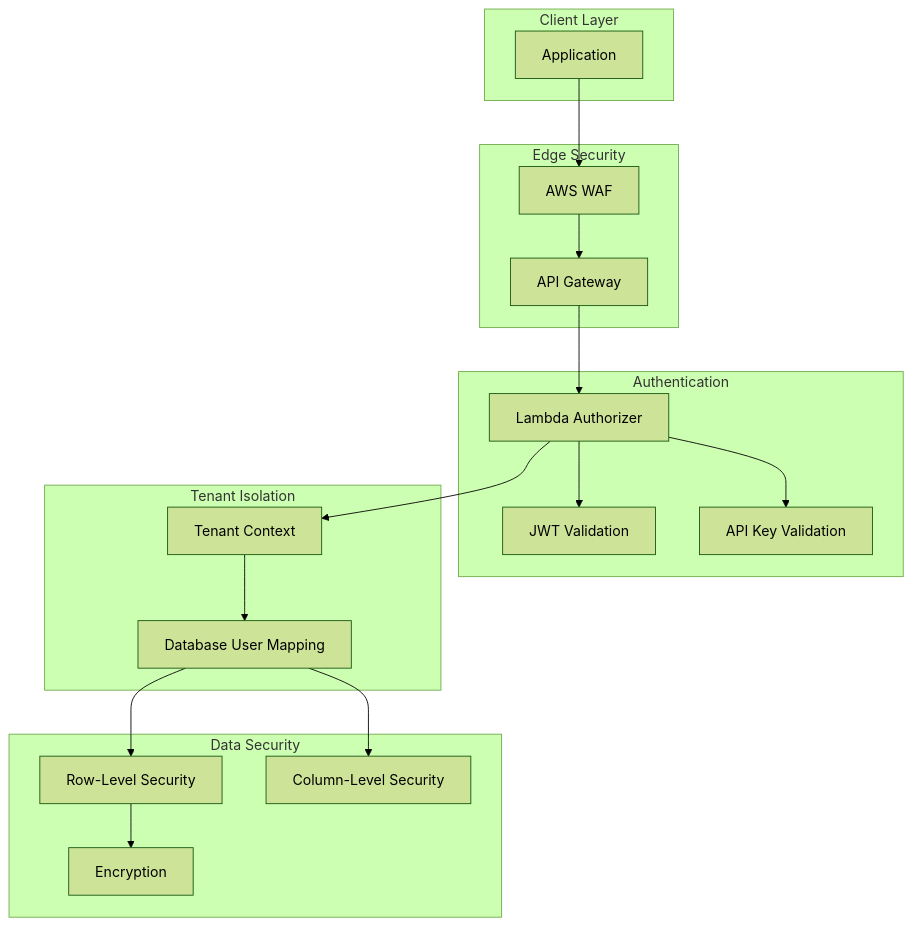
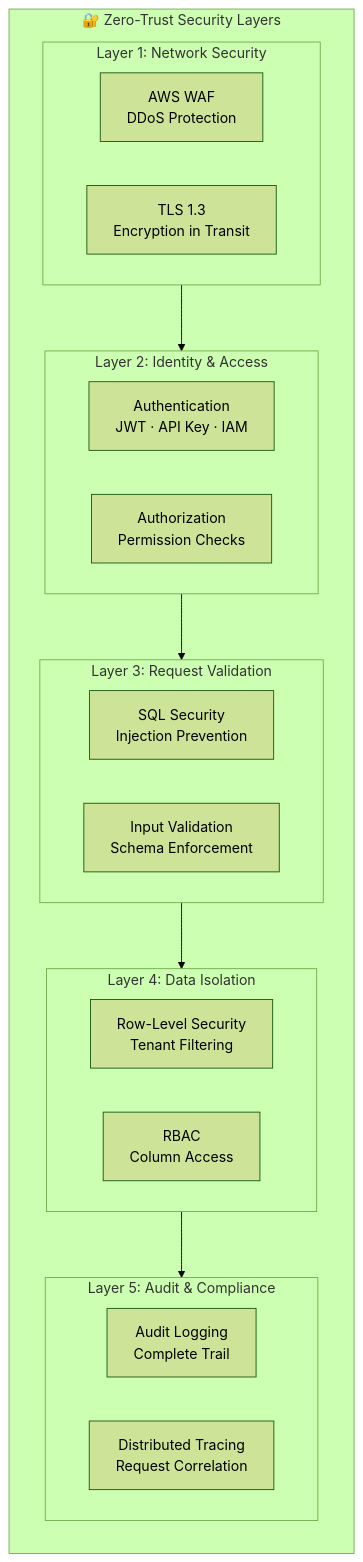
The first of 3 diagrams in docs/security/overview.md (zhiweio/redshift-spectra), drawn with Mermaid (forest theme) before and after one commit. The commit also changed other lines of this file and 15 other files, not shown here.

````diff
--- a/docs/security/overview.md
+++ b/docs/security/overview.md
@@ -7,39 +9,33 @@
 ```mermaid
 flowchart TB
-    subgraph Client["Client Layer"]
-        APP[Application]
+    subgraph ZeroTrust["🔐 Zero-Trust Security Layers"]
+        direction TB
+        
+        subgraph Layer1["Layer 1: Network Security"]
+            WAF[AWS WAF<br/>DDoS Protection]
+            TLS[TLS 1.3<br/>Encryption in Transit]
+        end
+        
+        subgraph Layer2["Layer 2: Identity & Access"]
+            AUTHN[Authentication<br/>JWT · API Key · IAM]
+            AUTHZ[Authorization<br/>Permission Checks]
+        end
+        
+        subgraph Layer3["Layer 3: Request Validation"]
+            SQL[SQL Security<br/>Injection Prevention]
+            INPUT[Input Validation<br/>Schema Enforcement]
+        end
+        
+        subgraph Layer4["Layer 4: Data Isolation"]
+            RLS[Row-Level Security<br/>Tenant Filtering]
+            RBAC[RBAC<br/>Column Access]
+        end
+        
+        subgraph Layer5["Layer 5: Audit & Compliance"]
+            AUDIT[Audit Logging<br/>Complete Trail]
+            TRACE[Distributed Tracing<br/>Request Correlation]
+        end
     end
     
-    subgraph Edge["Edge Security"]
-        WAF[AWS WAF]
-        APIGW[API Gateway]
-    end
-    
-    subgraph Auth["Authentication"]
-        AUTHZ[Lambda Authorizer]
-        JWT[JWT Validation]
-        APIKEY[API Key Validation]
-    end
-    
-    subgraph Tenant["Tenant Isolation"]
-        CONTEXT[Tenant Context]
-        DBUSER[Database User Mapping]
-    end
-    
-    subgraph Data["Data Security"]
-        RLS[Row-Level Security]
-        CLS[Column-Level Security]
-        ENCRYPT[Encryption]
-    end
-    
-    APP --> WAF
-    WAF --> APIGW
-    APIGW --> AUTHZ
-    AUTHZ --> JWT
-    AUTHZ --> APIKEY
-    AUTHZ --> CONTEXT
-    CONTEXT --> DBUSER
-    DBUSER --> RLS
-    DBUSER --> CLS
-    RLS --> ENCRYPT
+    Layer1 --> Layer2 --> Layer3 --> Layer4 --> Layer5
 ```
````
